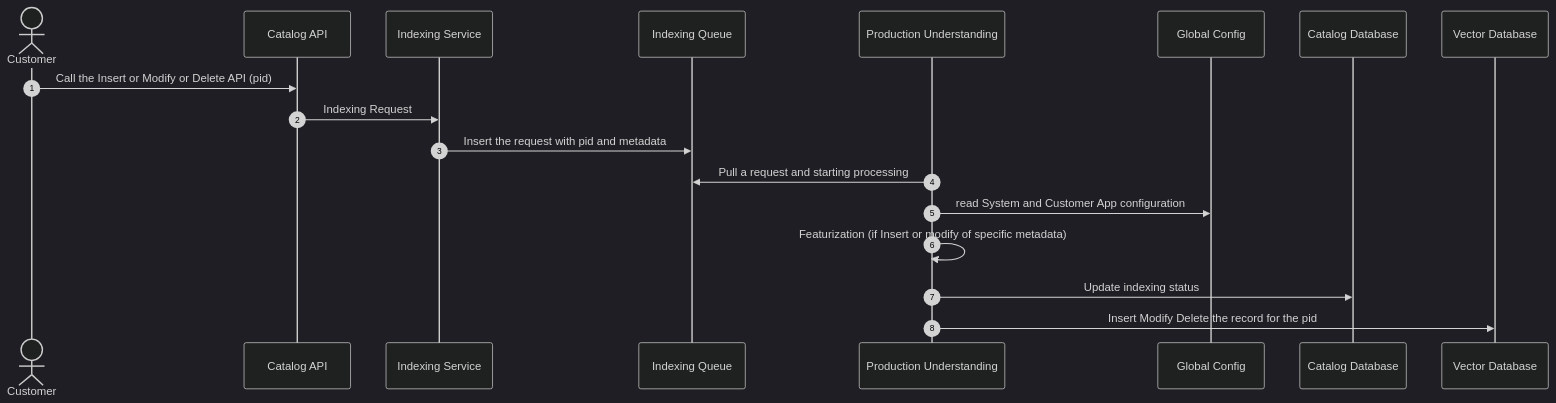
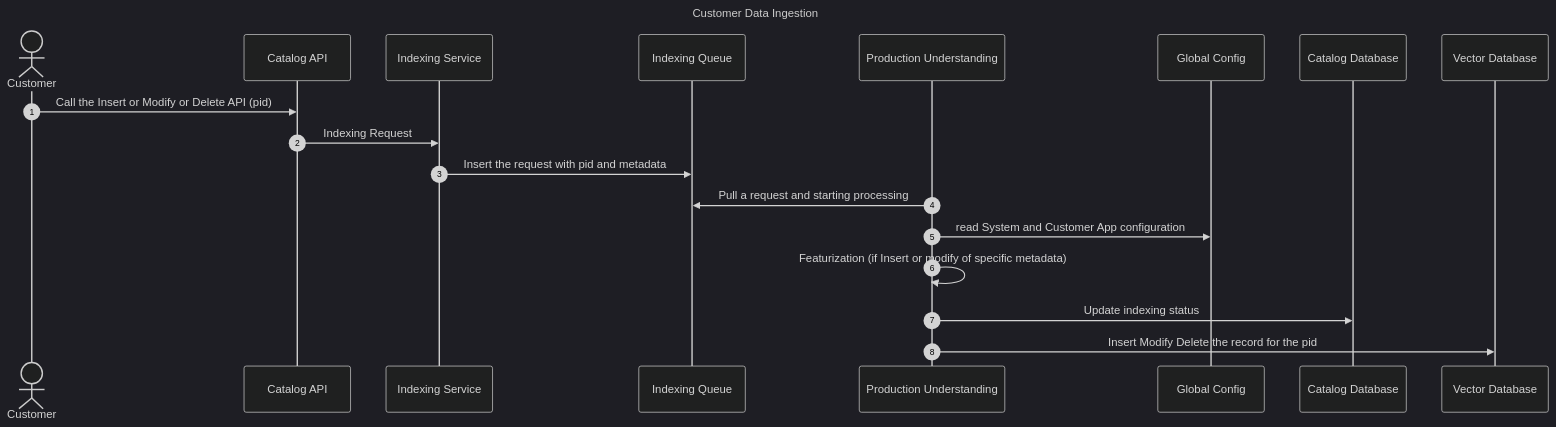
Before and after one commit to zchangvs/diagram: the diagram in Ingest_data_via_API.md, drawn with Mermaid (dark theme).

Commit message:
Update Ingest_data_via_API.md
Add title

````diff
--- a/Ingest_data_via_API.md
+++ b/Ingest_data_via_API.md
@@ -1,13 +1,14 @@
 ```mermaid
 sequenceDiagram
     autonumber
+    title Customer Data Ingestion
     Actor Customer
     Customer->> Catalog API: Call the Insert or Modify or Delete API (pid)
     Catalog API ->> Indexing Service: Indexing Request
     Indexing Service ->> Indexing Queue: Insert the request with pid and metadata
     Production Understanding ->> Indexing Queue : Pull a request and starting processing
     Production Understanding ->> Global Config: read System and Customer App configuration
     Production Understanding ->> Production Understanding: Featurization (if Insert or modify of specific metadata)
     Production Understanding ->> Catalog Database : Update indexing status
     Production Understanding ->> Vector Database: Insert Modify Delete the record for the pid
 ```
````
